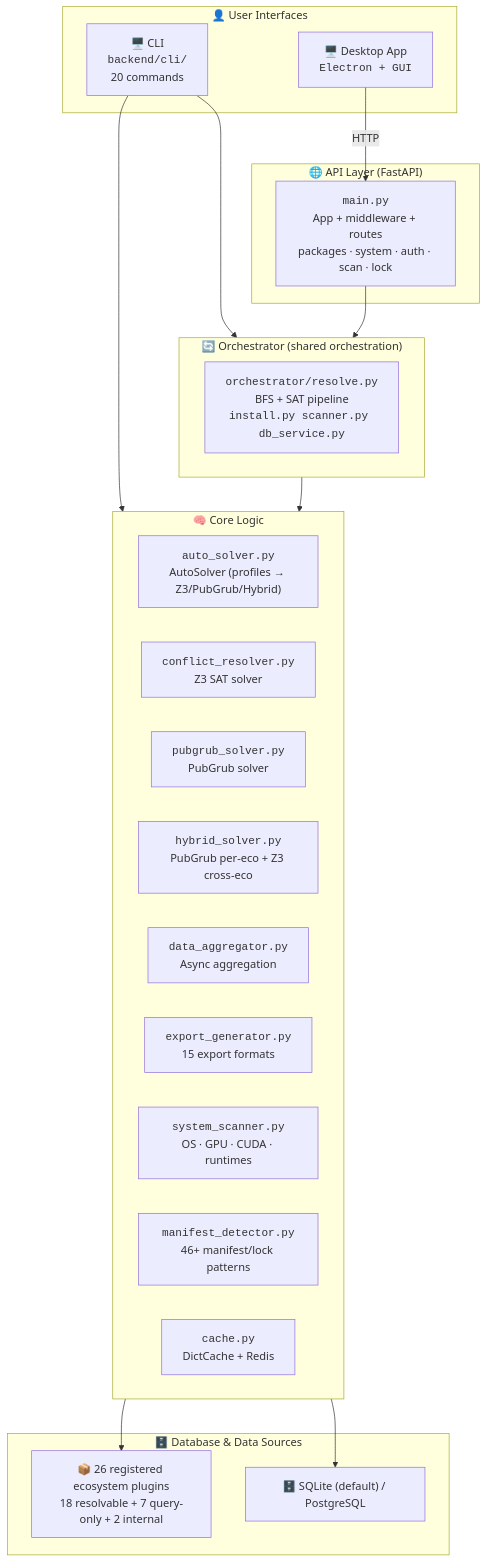
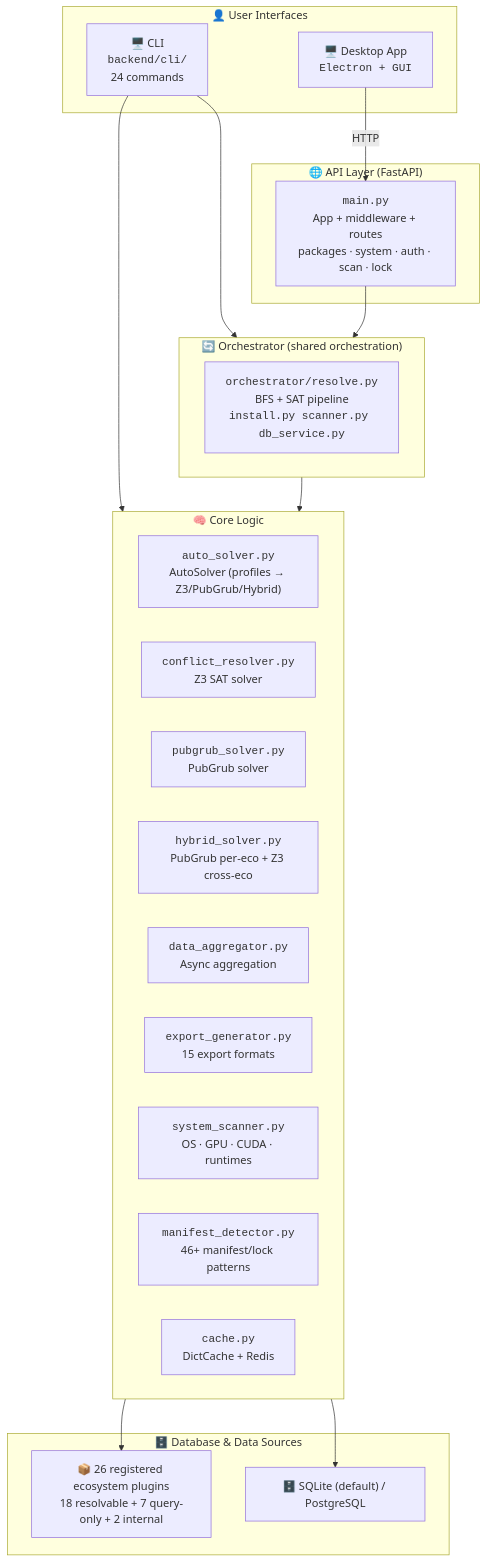
One commit to code-with-zeeshan/universal-dependency-resolver changed the second of 2 diagrams in docs/USER_GUIDE.md. Above: the diagram before and after it, drawn with Mermaid. The commit also changed other lines of this file and 78 other files, not shown here.

````diff
--- a/docs/USER_GUIDE.md
+++ b/docs/USER_GUIDE.md
@@ -186,40 +186,40 @@
 ```mermaid
 graph TB
     subgraph UserLayer["👤 User Interfaces"]
-        CLI["🖥️ CLI<br/><code>backend/cli/</code><br/>20 commands"]
+        CLI["🖥️ CLI<br/><code>backend/cli/</code><br/>24 commands"]
         DESKTOP["🖥️ Desktop App<br/><code>Electron + GUI</code>"]
     end
 
     subgraph OrchestratorLayer["🔄 Orchestrator (shared orchestration)"]
         ORCH["<code>orchestrator/resolve.py</code><br/>BFS + SAT pipeline<br/><code>install.py scanner.py db_service.py</code>"]
     end
 
     subgraph APILayer["🌐 API Layer (FastAPI)"]
         API["<code>main.py</code><br/>App + middleware + routes<br/>packages · system · auth · scan · lock"]
     end
 
     subgraph CoreLayer["🧠 Core Logic"]
         AS["<code>auto_solver.py</code><br/>AutoSolver (profiles → Z3/PubGrub/Hybrid)"]
         CR["<code>conflict_resolver.py</code><br/>Z3 SAT solver"]
         PG["<code>pubgrub_solver.py</code><br/>PubGrub solver"]
         HY["<code>hybrid_solver.py</code><br/>PubGrub per-eco + Z3 cross-eco"]
         DA["<code>data_aggregator.py</code><br/>Async aggregation"]
         EG["<code>export_generator.py</code><br/>15 export formats"]
         SS["<code>system_scanner.py</code><br/>OS · GPU · CUDA · runtimes"]
         MD["<code>manifest_detector.py</code><br/>46+ manifest/lock patterns"]
         CACHE["<code>cache.py</code><br/>DictCache + Redis"]
     end
 
     subgraph DBLayer["🗄️ Database & Data Sources"]
         DS["📦 26 registered ecosystem plugins<br/>18 resolvable + 7 query-only + 2 internal"]
         DB["🗄️ SQLite (default) / PostgreSQL"]
     end
 
     CLI --> OrchestratorLayer
     CLI --> CoreLayer
     DESKTOP -->|"HTTP"| API
     API --> OrchestratorLayer
     OrchestratorLayer --> CoreLayer
     CoreLayer --> DS
     CoreLayer --> DB
 ```
````
